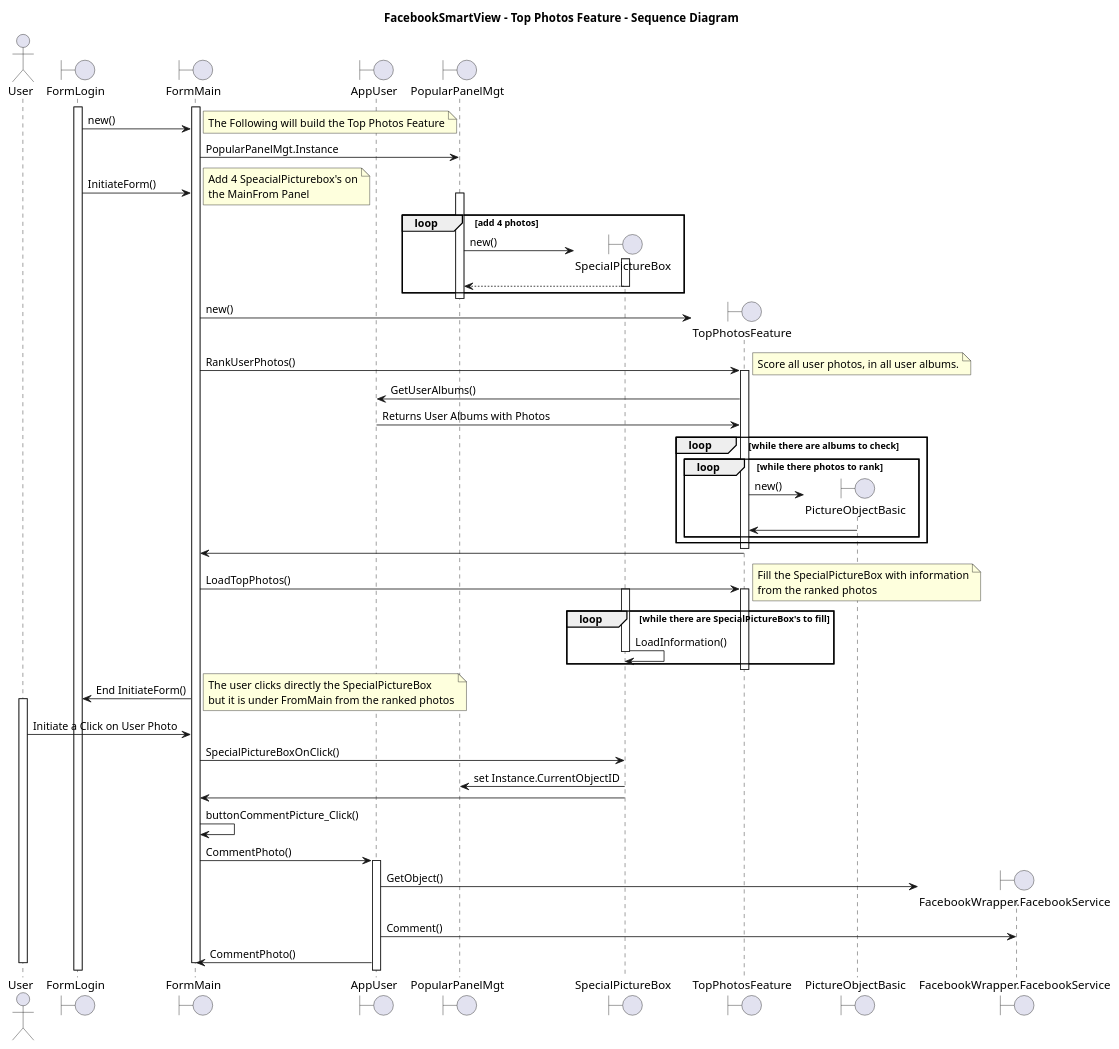
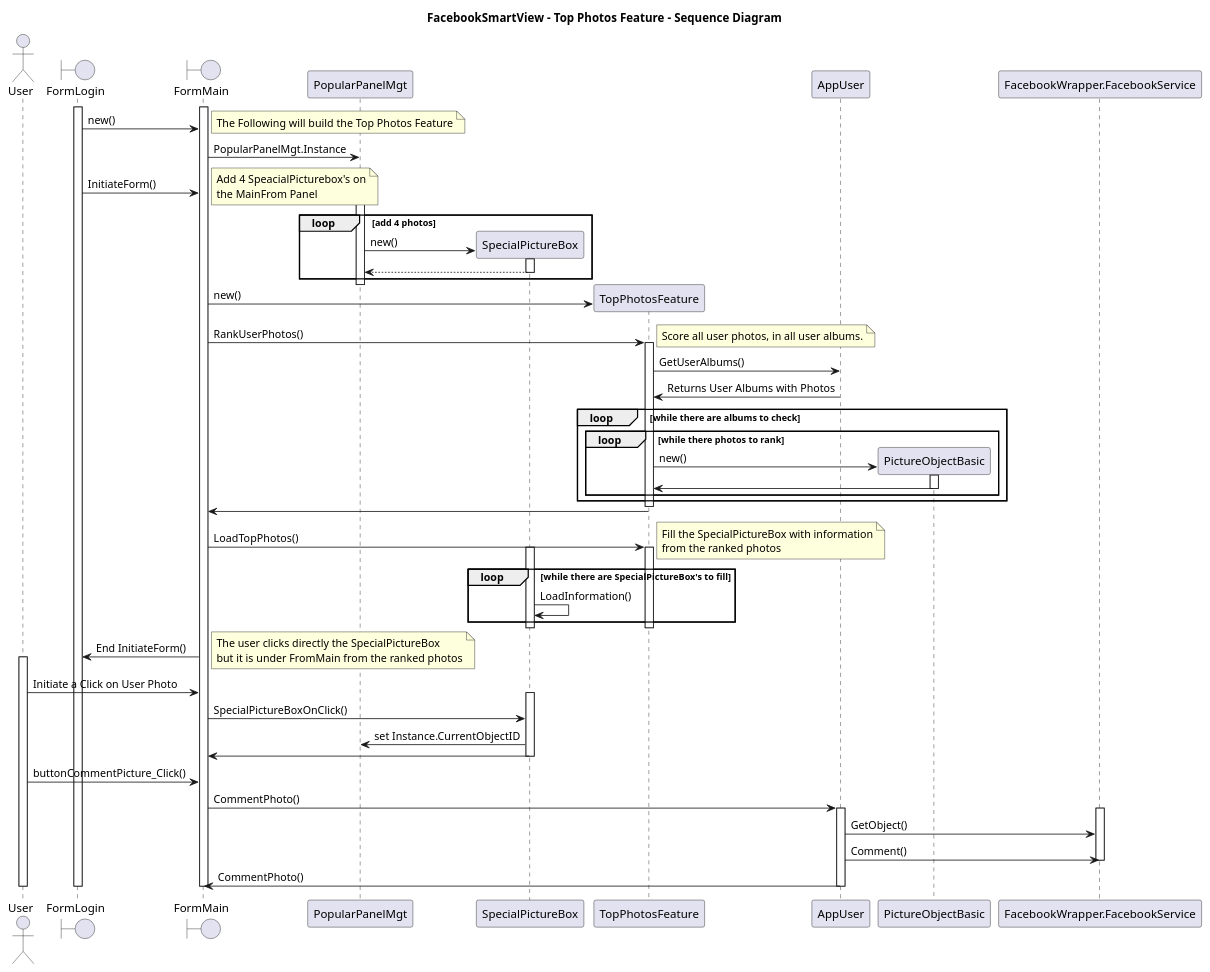
The diagram in DesignFiles/SequenceDiagramTopPhotosFeature.plantuml (danielklein45/B16_Ex01), drawn with PlantUML before and after one commit. The commit also changed 14 other files, not shown here.

Commit message:
Fixing Syntax. Removing GeneralVars class. Editing UML and adding submition file

```diff
--- a/DesignFiles/SequenceDiagramTopPhotosFeature.plantuml
+++ b/DesignFiles/SequenceDiagramTopPhotosFeature.plantuml
@@ -1,120 +1,112 @@
 @startuml
 
 title "FacebookSmartView - Top Photos Feature - Sequence Diagram"
 
 actor User
 boundary FormLogin
 boundary FormMain
-boundary PopularPanelMgt
-boundary AppUser
-
 activate FormLogin
 activate FormMain
 
 FormLogin -> FormMain: new()
+
   note right
 The Following will build the Top Photos Feature
    end note
 
-
-create boundary PopularPanelMgt
-
 FormMain -> PopularPanelMgt: PopularPanelMgt.Instance
 FormLogin -> FormMain: InitiateForm()
-create boundary SpecialPictureBox
 
+create SpecialPictureBox
 
   note right
 Add 4 SpeacialPicturebox's on
 the MainFrom Panel
    end note
 
 activate PopularPanelMgt
 loop add 4 photos
     PopularPanelMgt -> SpecialPictureBox: new()
     activate SpecialPictureBox
     SpecialPictureBox --> PopularPanelMgt
     deactivate SpecialPictureBox
  
 end
 
 deactivate PopularPanelMgt
 
-
-create boundary TopPhotosFeature
+create TopPhotosFeature
 FormMain -> TopPhotosFeature: new()
 
 FormMain -> TopPhotosFeature: RankUserPhotos()
 activate TopPhotosFeature
 
-
-
-
   note right
 Score all user photos, in all user albums.
    end note
-
 
 TopPhotosFeature -> AppUser: GetUserAlbums()
 AppUser -> TopPhotosFeature: Returns User Albums with Photos
 
 loop while there are albums to check
  loop while there photos to rank
-create boundary PictureObjectBasic
+create PictureObjectBasic
     TopPhotosFeature -> PictureObjectBasic: new()
+    activate PictureObjectBasic
     PictureObjectBasic -> TopPhotosFeature
+    deactivate PictureObjectBasic
  end 
 end
 deactivate TopPhotosFeature
 
 TopPhotosFeature -> FormMain
 
 
 FormMain -> TopPhotosFeature: LoadTopPhotos()
 activate TopPhotosFeature
  loop while there are SpecialPictureBox's to fill
-    activate SpecialPictureBox
+   activate SpecialPictureBox
 
    note right
 Fill the SpecialPictureBox with information
 from the ranked photos
    end note
+
     SpecialPictureBox->SpecialPictureBox: LoadInformation()
-    deactivate SpecialPictureBox
  end 
+
+deactivate SpecialPictureBox
 
 deactivate TopPhotosFeature
 
-
-
 FormMain -> FormLogin: End InitiateForm()
-
 
 activate User
    note right
 The user clicks directly the SpecialPictureBox 
 but it is under FromMain from the ranked photos
    end note
 
-
 User -> FormMain: Initiate a Click on User Photo
+activate SpecialPictureBox
 FormMain -> SpecialPictureBox: SpecialPictureBoxOnClick()
 SpecialPictureBox ->PopularPanelMgt: set Instance.CurrentObjectID
 
 SpecialPictureBox -> FormMain
+deactivate SpecialPictureBox
 
-
-
-FormMain -> FormMain: buttonCommentPicture_Click()
+User -> FormMain: buttonCommentPicture_Click()
 
 FormMain -> AppUser: CommentPhoto()
 activate AppUser
-create boundary FacebookWrapper.FacebookService
+activate FacebookWrapper.FacebookService
 AppUser ->  FacebookWrapper.FacebookService: GetObject()
 AppUser ->  FacebookWrapper.FacebookService: Comment()
+deactivate FacebookWrapper.FacebookService
 
 AppUser -> FormMain: CommentPhoto()
+deactivate AppUser
 deactivate FormMain
-deactivate FormMain
+deactivate FormLogin
 deactivate User
 @enduml
```
